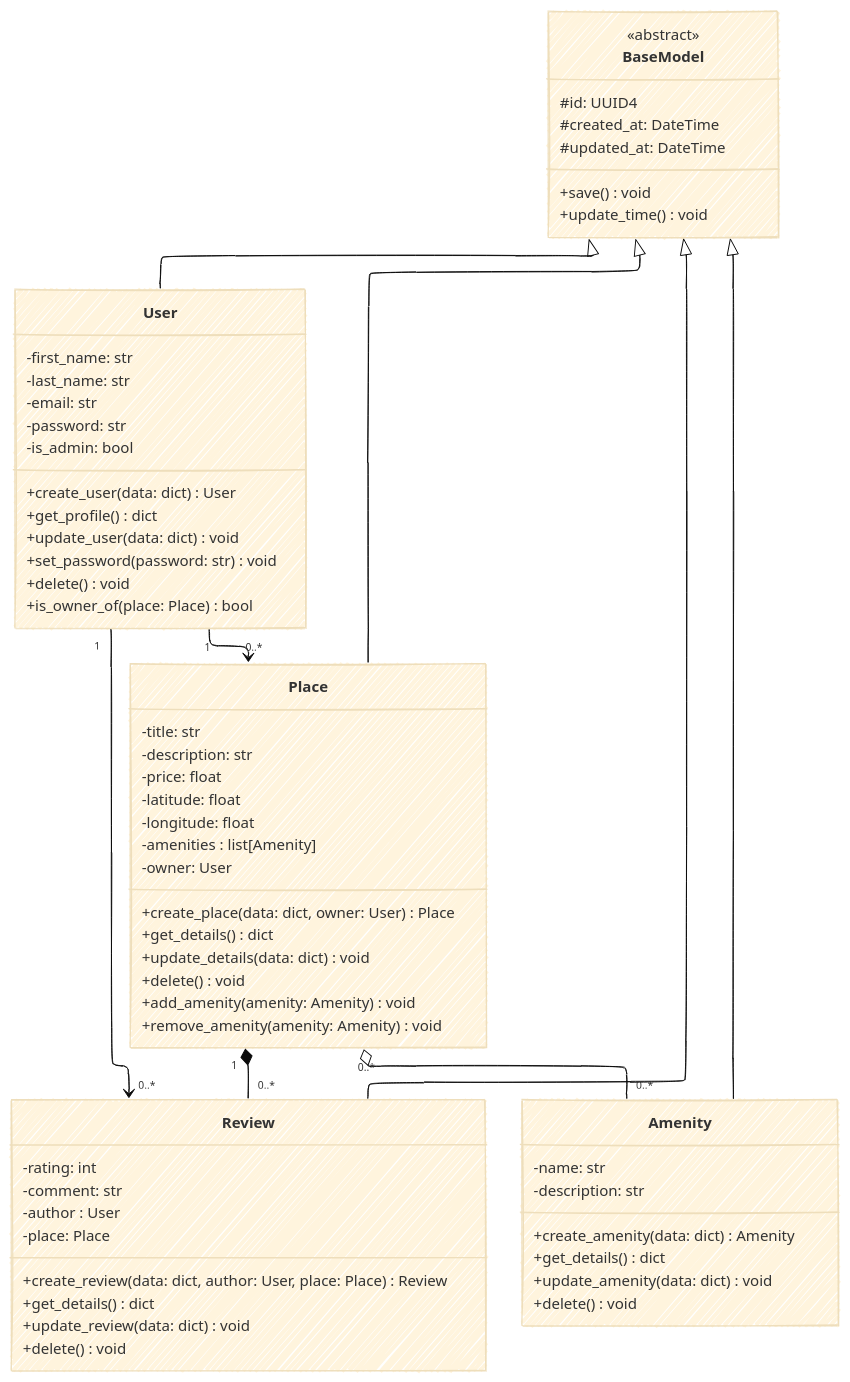
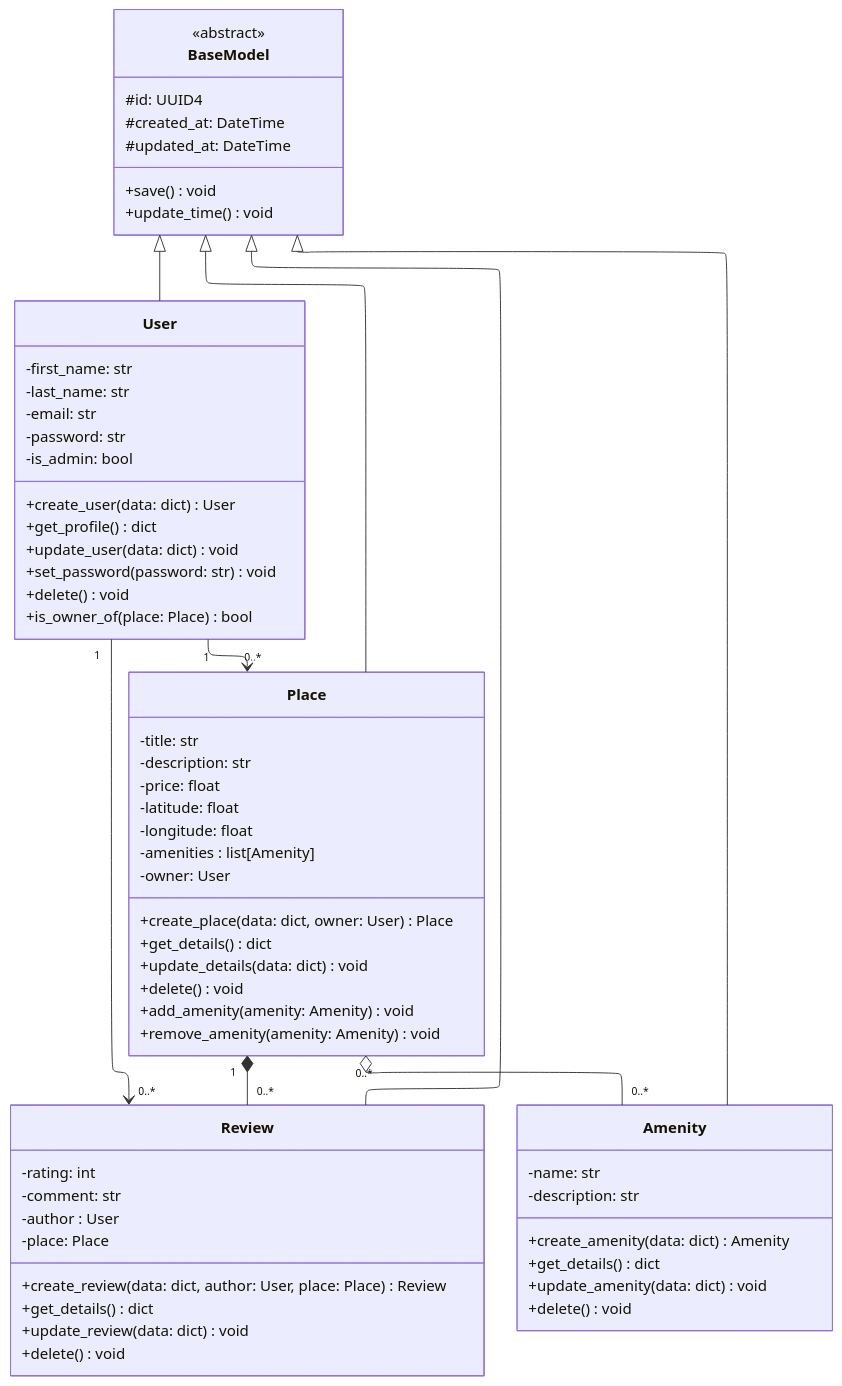
One commit to GwenP88/holbertonschool-hbnb changed the diagram in part1/task1/Class_Diagram_for_Business_Logic_Layer.mmd. Above: the diagram before and after it, drawn with Mermaid.

```diff
--- a/part1/task1/Class_Diagram_for_Business_Logic_Layer.mmd
+++ b/part1/task1/Class_Diagram_for_Business_Logic_Layer.mmd
@@ -1,74 +1,72 @@
 ---
 config:
   layout: elk
-  theme: base
-  look: handDrawn
 ---
 classDiagram
 direction TB
     class BaseModel {
         <<abstract>>
 	    #id: UUID4
 	    #created_at: DateTime
 	    #updated_at: DateTime
         +save() void
         +update_time() void
     }
 
     class User {
 	    -first_name: str
 	    -last_name: str
 	    -email: str
 	    -password: str
 	    -is_admin: bool
 	    +create_user(data: dict) User
 	    +get_profile() dict
 	    +update_user(data: dict) void
 	    +set_password(password: str) void
 	    +delete() void
         +is_owner_of(place: Place) bool
     }
 
     class Place {
 	    -title: str
 	    -description: str
 	    -price: float
 	    -latitude: float
 	    -longitude: float
 	    -amenities : list[Amenity]
 	    -owner: User
 	    +create_place(data: dict, owner: User) Place
 	    +get_details() dict
 	    +update_details(data: dict) void
 	    +delete() void
 	    +add_amenity(amenity: Amenity) void
         +remove_amenity(amenity: Amenity) void
     }
 
     class Review {
 	    -rating: int
 	    -comment: str
 	    -author : User
 	    -place: Place
 	    +create_review(data: dict, author: User, place: Place) Review
 	    +get_details() dict
 	    +update_review(data: dict) void
 	    +delete() void
     }
 
     class Amenity {
 	    -name: str
 	    -description: str
 	    +create_amenity(data: dict) Amenity
 	    +get_details() dict
 	    +update_amenity(data: dict) void
 	    +delete() void
     }
     BaseModel <|-- User
     BaseModel <|-- Place
     BaseModel <|-- Review
     BaseModel <|-- Amenity
     User "1" --> "0..*" Review
     User "1" --> "0..*" Place
     Place "1" *-- "0..*" Review
     Place "0..*" o-- "0..*" Amenity
```
